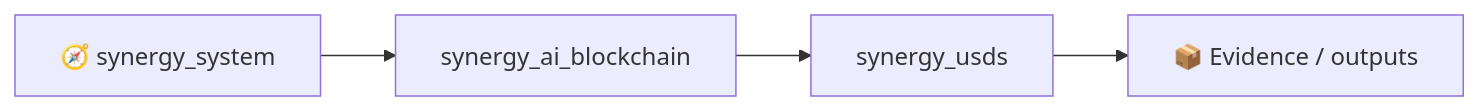
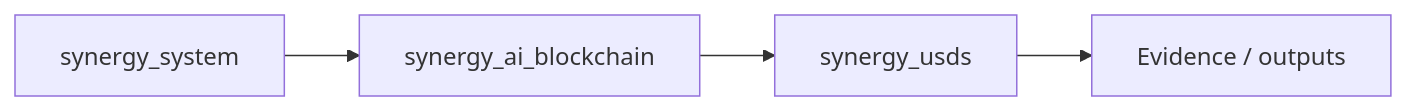
The diagram in README.md (Shtenco/synergy_usds), drawn with Mermaid before and after one commit. The commit also changed other lines of this file, not shown here.

````diff
--- a/README.md
+++ b/README.md
@@ -161,6 +161,6 @@
 ```mermaid
 flowchart LR
-    SYS[🧭 synergy_system] --> P[synergy_ai_blockchain]
+    SYS[ synergy_system] --> P[synergy_ai_blockchain]
     P --> THIS[synergy_usds]
-    THIS --> E[📦 Evidence / outputs]
+    THIS --> E[ Evidence / outputs]
 ```
````
